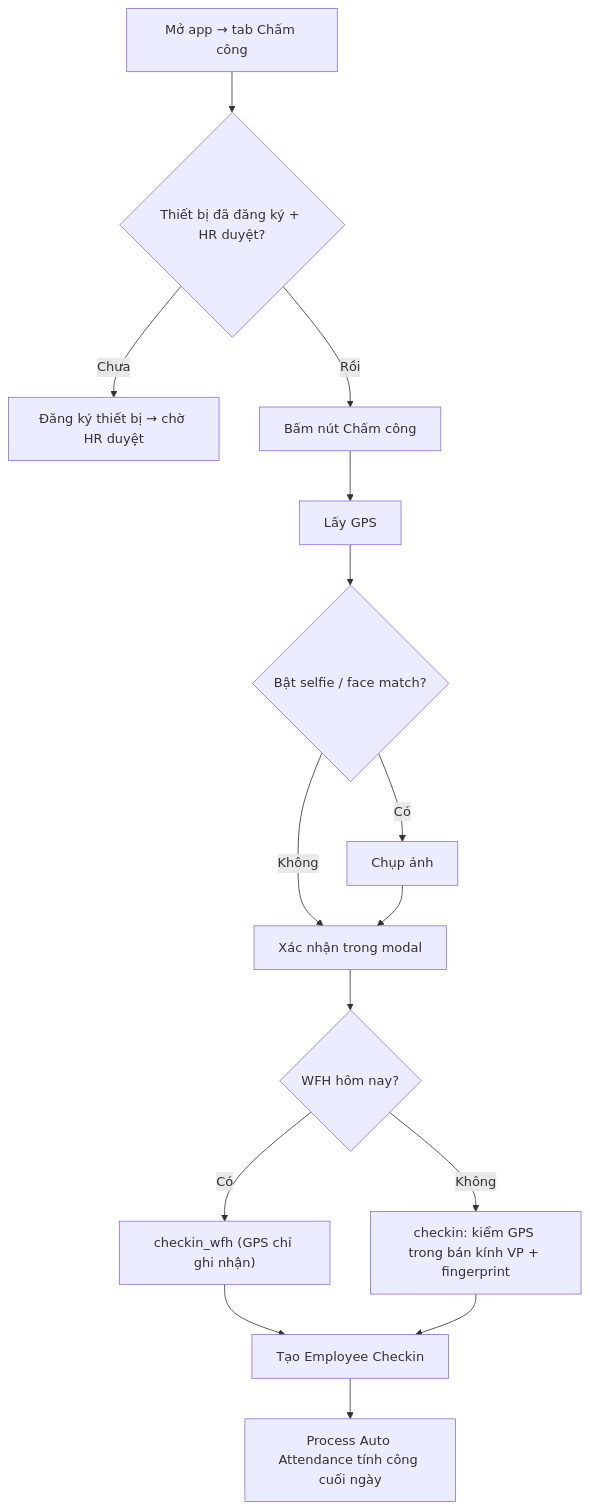
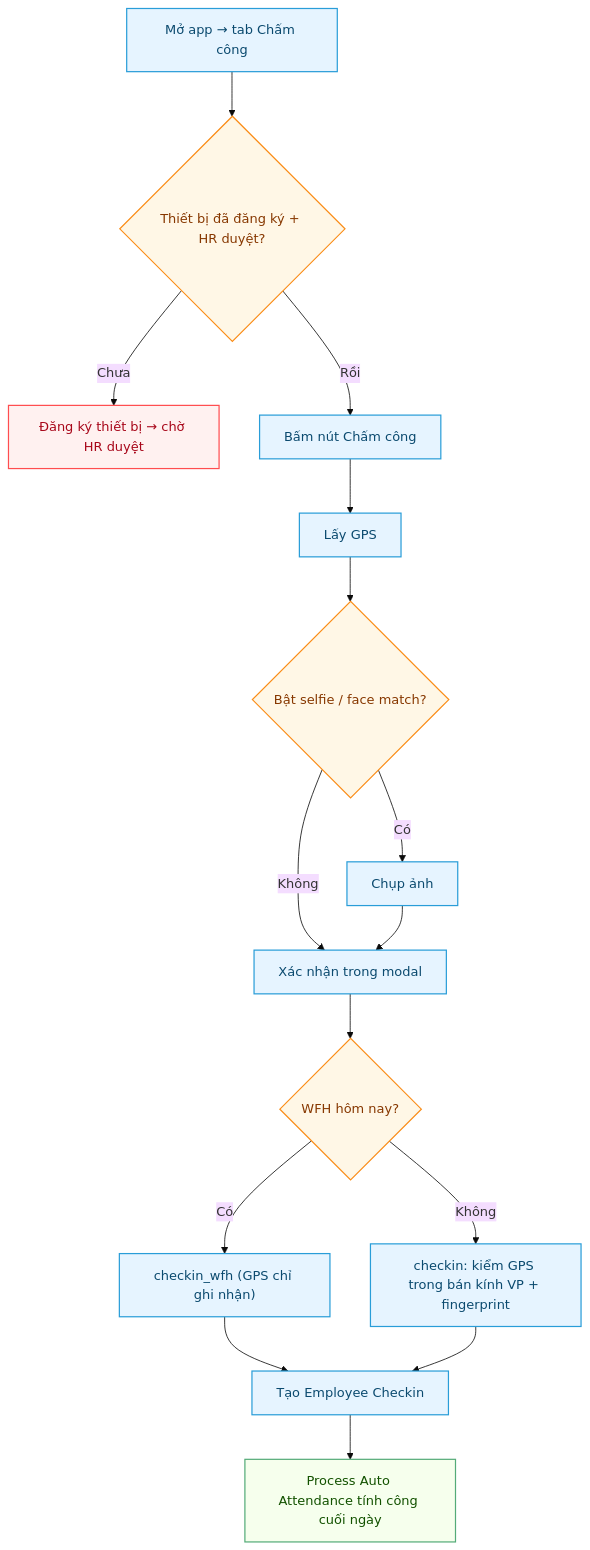
Before and after one commit to CobeGroup/cobe_erp_documents: the diagram in users/Cham-Cong-Tong-Quan.md, drawn with Mermaid. The commit also changed 5 other files, not shown here.

First line of the commit message:
docs: flowchart tô màu theo loại ô (process/decision/kết quả) + tăng cỡ chữ doc

````diff
--- a/users/Cham-Cong-Tong-Quan.md
+++ b/users/Cham-Cong-Tong-Quan.md
@@ -19,17 +19,28 @@
 ```mermaid
+%%{init: {'theme':'base','themeVariables':{'fontSize':'16px'},'flowchart':{'nodeSpacing':50,'rankSpacing':55}}}%%
 flowchart TD
+  classDef process fill:#e6f4ff,stroke:#299dd8,stroke-width:1.5px,color:#0b4a6f;
+  classDef decision fill:#fff7e6,stroke:#fa8c16,stroke-width:1.5px,color:#873800;
+  classDef good fill:#f6ffed,stroke:#54ab78,stroke-width:1.5px,color:#135200;
+  classDef bad fill:#fff1f0,stroke:#ff4d4f,stroke-width:1.5px,color:#a8071a;
+
   A["Mở app → tab Chấm công"] --> B{"Thiết bị đã đăng ký + HR duyệt?"}
   B -- "Chưa" --> R["Đăng ký thiết bị → chờ HR duyệt"]
   B -- "Rồi" --> C["Bấm nút Chấm công"]
   C --> D["Lấy GPS"]
   D --> E{"Bật selfie / face match?"}
   E -- "Có" --> F["Chụp ảnh"]
   E -- "Không" --> G["Xác nhận trong modal"]
   F --> G
   G --> H{"WFH hôm nay?"}
   H -- "Có" --> I["checkin_wfh (GPS chỉ ghi nhận)"]
   H -- "Không" --> J["checkin: kiểm GPS trong bán kính VP + fingerprint"]
   I --> K["Tạo Employee Checkin"]
   J --> K
   K --> L["Process Auto Attendance tính công cuối ngày"]
+
+  class A,C,D,F,G,I,J,K process
+  class B,E,H decision
+  class L good
+  class R bad
 ```
````
